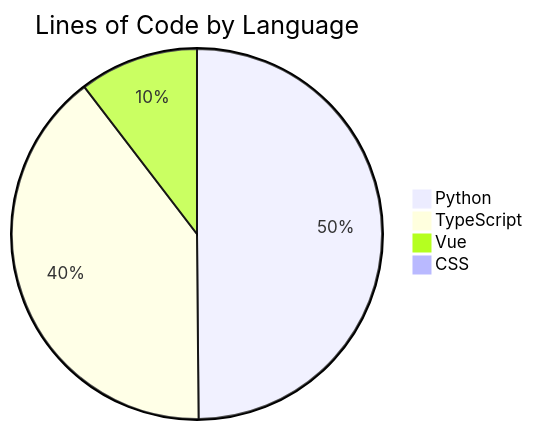
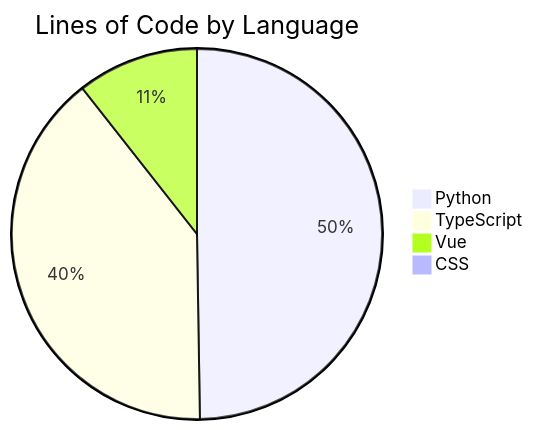
One commit to ISW-stack/AI3L-Community changed the diagram in README.md. Above: the diagram before and after it, drawn with Mermaid. The commit also changed other lines of this file and 1 other file, not shown here.

````diff
--- a/README.md
+++ b/README.md
@@ -368,7 +368,7 @@
 ```mermaid
 pie title Lines of Code by Language
     "Python" : 116820
     "TypeScript" : 93097
-    "Vue" : 24374
+    "Vue" : 24910
     "CSS" : 134
 ```
````
